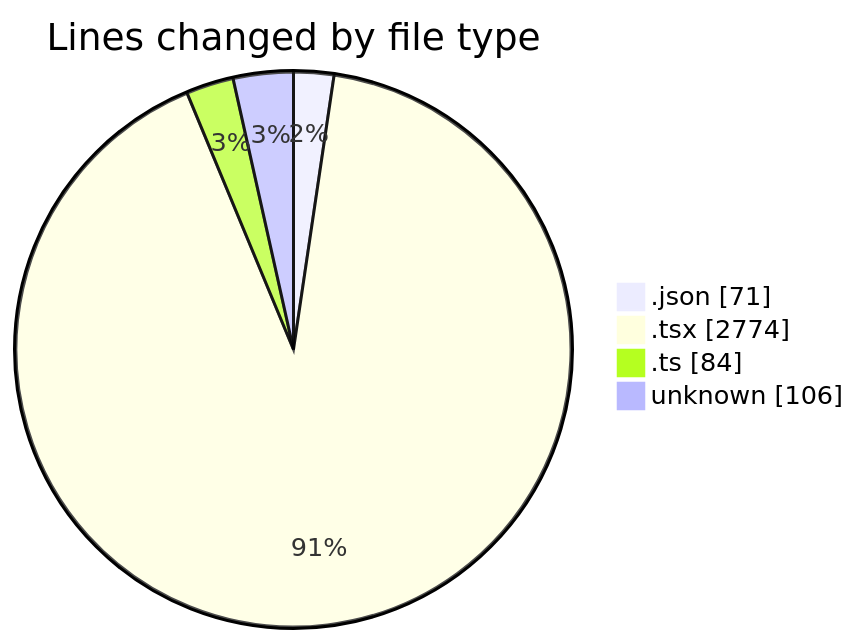
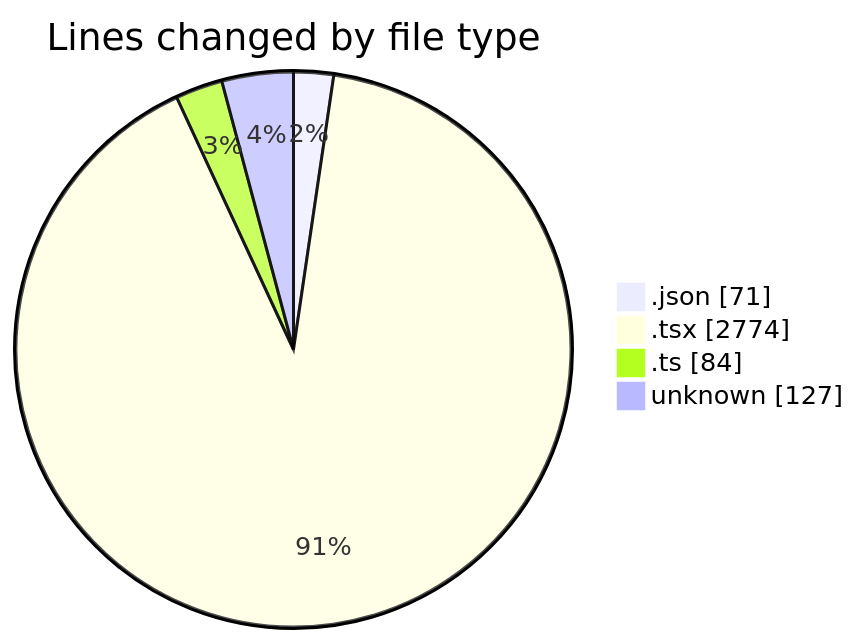
One commit to momahboobian/code-tracking changed the first of 2 diagrams in 2026-01-29/cda/README.md. Above: the diagram before and after it, drawn with Mermaid. The commit also changed other lines of this file and 1 other file, not shown here.

````diff
--- a/2026-01-29/cda/README.md
+++ b/2026-01-29/cda/README.md
@@ -23,8 +23,8 @@
 ```mermaid
 pie showData
 title Lines changed by file type
 ".json" : 71
 ".tsx" : 2774
 ".ts" : 84
-"unknown" : 106
+"unknown" : 127
 ```
````
